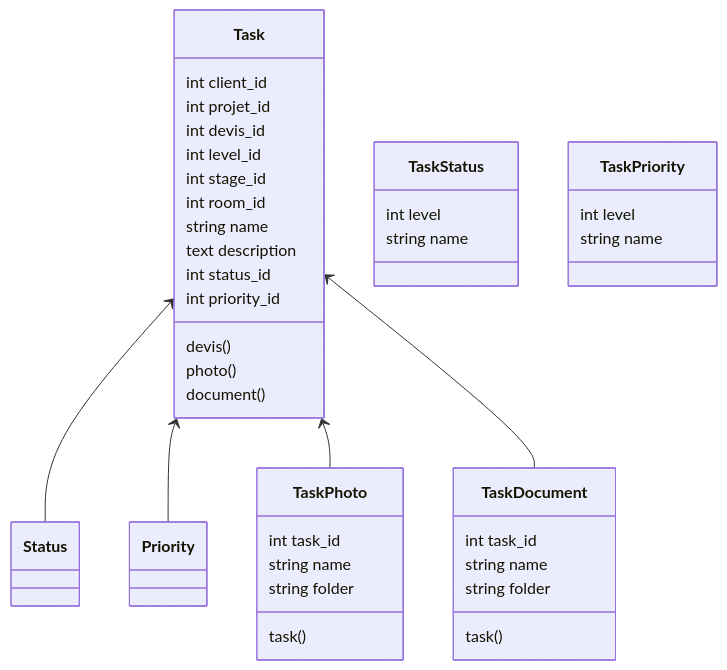
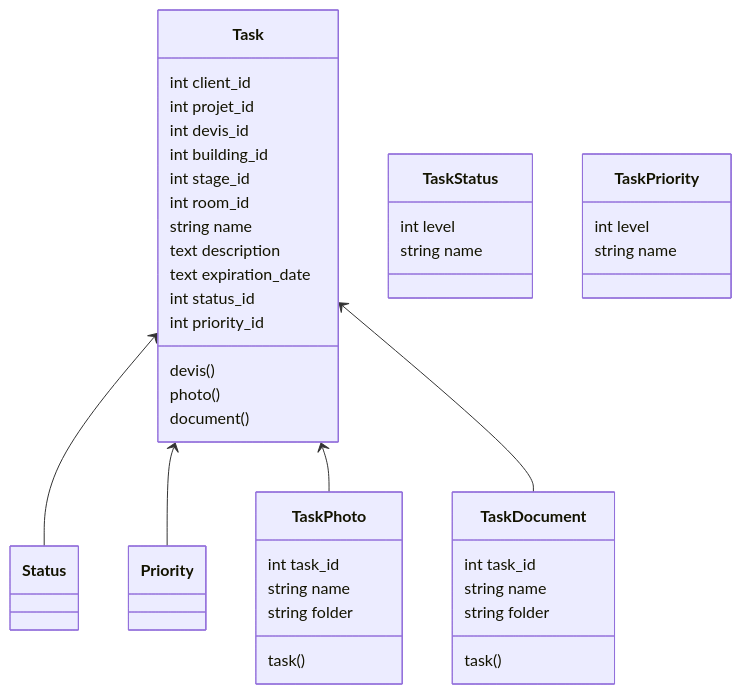
Before and after one commit to desmond8500/Dash3: the diagram in database/docs/09_taches.md, drawn with Mermaid. The commit also changed 23 other files, not shown here.

````diff
--- a/database/docs/09_taches.md
+++ b/database/docs/09_taches.md
@@ -9,49 +9,50 @@
 ```mermaid
 classDiagram
 
 Task <-- Status
 Task <-- Priority
 Task <-- TaskPhoto
 Task <-- TaskDocument
 
 class Task{
     int client_id
     int projet_id
     int devis_id
-    int level_id
+    int building_id
     int stage_id
     int room_id
     string name
     text description
+    text expiration_date
     int status_id
     int priority_id
     devis()
     photo()
     document()
 }
 
 class TaskPhoto{
     int task_id
     string name
     string folder
     task()
 }
 
 class TaskDocument{
     int task_id
     string name
     string folder
     task()
 }
 
 class TaskStatus{
     int level
     string name
 }
 
 class TaskPriority{
     int level
     string name
 }
 
 ```
````
